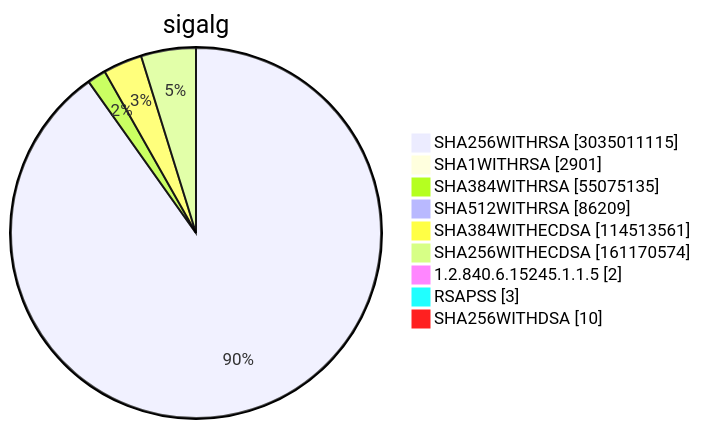
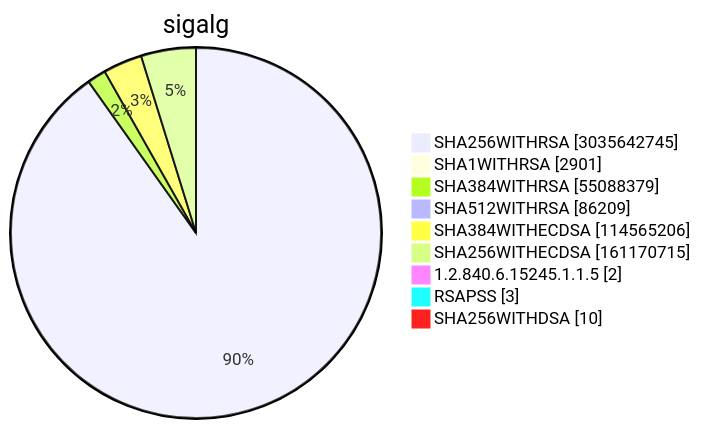
One commit to christiankrug/ctmonitor_visualization changed diagram 15 of 15 in TOTAL/README.md. Above: the diagram before and after it, drawn with Mermaid. The commit also changed other lines of this file, not shown here.

````diff
--- a/TOTAL/README.md
+++ b/TOTAL/README.md
@@ -6208,13 +6208,13 @@
 ```mermaid
 pie showData
 title sigalg
-"SHA256WITHRSA" :3035011115
+"SHA256WITHRSA" :3035642745
 "SHA1WITHRSA" :2901
-"SHA384WITHRSA" :55075135
+"SHA384WITHRSA" :55088379
 "SHA512WITHRSA" :86209
-"SHA384WITHECDSA" :114513561
-"SHA256WITHECDSA" :161170574
+"SHA384WITHECDSA" :114565206
+"SHA256WITHECDSA" :161170715
 "1.2.840.6.15245.1.1.5" :2
 "RSAPSS" :3
 "SHA256WITHDSA" :10
 ```
````
